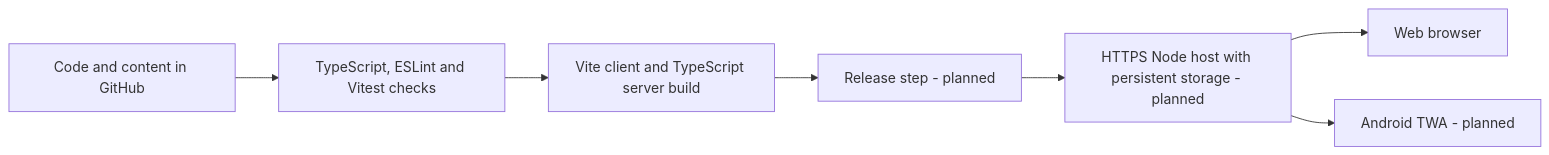
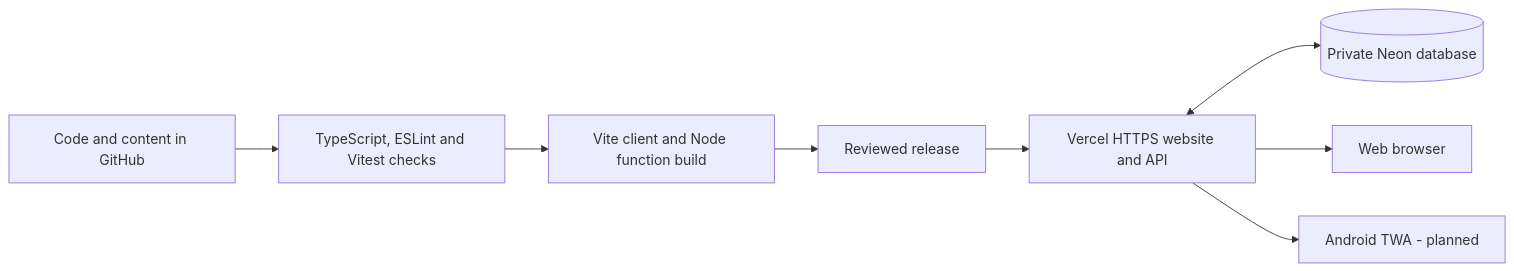
One commit to RamMarthi9/SQLFlashCards changed the second of 2 diagrams in docs/project-artifacts/hld.md. Above: the diagram before and after it, drawn with Mermaid. The commit also changed other lines of this file and 31 other files, not shown here.

Commit message:
Prepare Vercel hosting with persistent accounts and encrypted backups

````diff
--- a/docs/project-artifacts/hld.md
+++ b/docs/project-artifacts/hld.md
@@ -102,9 +105,10 @@
 ```mermaid
 flowchart LR
     Source[Code and content in GitHub] --> Checks[TypeScript, ESLint and Vitest checks]
-    Checks --> Build[Vite client and TypeScript server build]
-    Build --> Release[Release step - planned]
-    Release --> Host[HTTPS Node host with persistent storage - planned]
+    Checks --> Build[Vite client and Node function build]
+    Build --> Release[Reviewed release]
+    Release --> Host[Vercel HTTPS website and API]
+    Host <--> DB[(Private Neon database)]
     Host --> Browser[Web browser]
     Host --> Android[Android TWA - planned]
 ```
````
